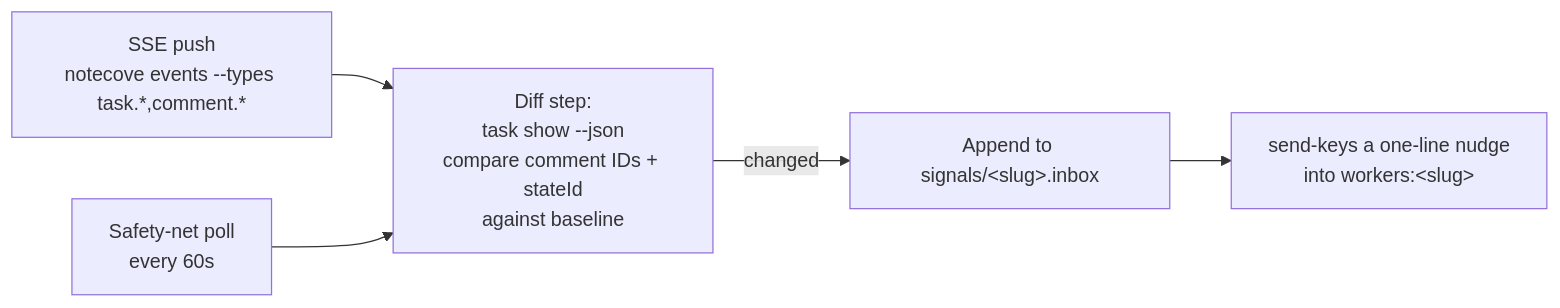
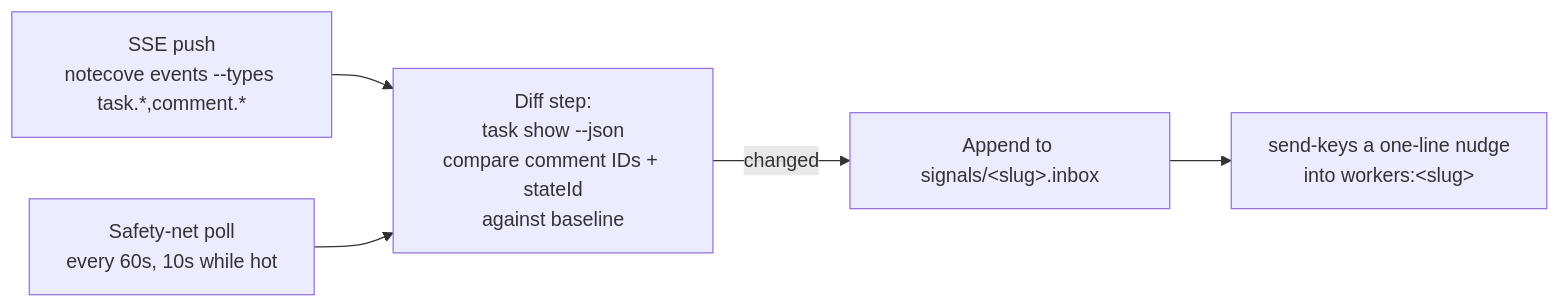
One commit to gara2000/agentmesh changed the third of 9 diagrams in docs/agentic-workflow.md. Above: the diagram before and after it, drawn with Mermaid. The commit also changed other lines of this file and 8 other files, not shown here.

First line of the commit message:
fix(sidecar): hot-poll every 10s while a task is active, since UI comments emit no event [WORK-x52]

````diff
--- a/docs/agentic-workflow.md
+++ b/docs/agentic-workflow.md
@@ -167,8 +167,8 @@
 ```mermaid
 flowchart LR
     SSE["SSE push<br/>notecove events --types task.*,comment.*"] --> Diff
-    Poll["Safety-net poll<br/>every 60s"] --> Diff
+    Poll["Safety-net poll<br/>every 60s, 10s while hot"] --> Diff
     Diff["Diff step:<br/>task show --json<br/>compare comment IDs + stateId<br/>against baseline"]
     Diff -->|changed| Inbox["Append to signals/&lt;slug&gt;.inbox"]
     Inbox --> Nudge["send-keys a one-line nudge<br/>into workers:&lt;slug&gt;"]
 ```
````
